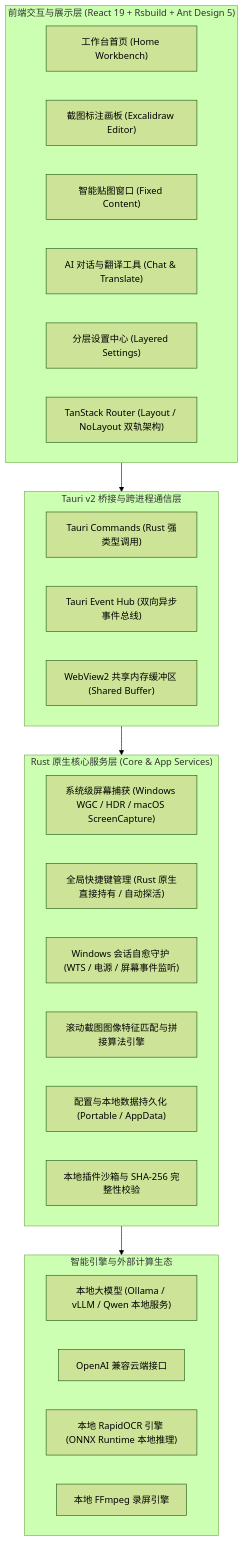
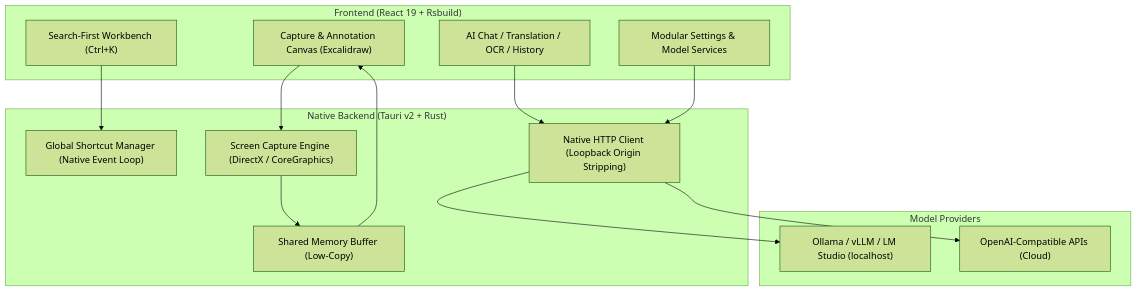
The diagram in README.md (llw2011/snow-shot), drawn with Mermaid (forest theme) before and after one commit. The commit also changed other lines of this file and 5 other files, not shown here.

Commit message:
docs: refresh README and add audit, repair, and local model test reports

````diff
--- a/README.md
+++ b/README.md
@@ -81,37 +81,30 @@
 ```mermaid
-flowchart TD
-    subgraph UI["前端交互与展示层 (React 19 + Rsbuild + Ant Design 5)"]
-        WB["工作台首页 (Home Workbench)"]
-        Canvas["截图标注画板 (Excalidraw Editor)"]
-        PinWin["智能贴图窗口 (Fixed Content)"]
-        ChatTool["AI 对话与翻译工具 (Chat & Translate)"]
-        Sett["分层设置中心 (Layered Settings)"]
-        Router["TanStack Router (Layout / NoLayout 双轨架构)"]
-    end
+graph TD
+  subgraph Frontend ["Frontend (React 19 + Rsbuild)"]
+    Workbench["Search-First Workbench (Ctrl+K)"]
+    Settings["Modular Settings & Model Services"]
+    Tools["AI Chat / Translation / OCR / History"]
+    Canvas["Capture & Annotation Canvas (Excalidraw)"]
+  end
 
-    subgraph IPC["Tauri v2 桥接与跨进程通信层"]
-        Commands["Tauri Commands (Rust 强类型调用)"]
-        Events["Tauri Event Hub (双向异步事件总线)"]
-        SharedBuf["WebView2 共享内存缓冲区 (Shared Buffer)"]
-    end
+  subgraph Native ["Native Backend (Tauri v2 + Rust)"]
+    Hotkeys["Global Shortcut Manager (Native Event Loop)"]
+    CapEngine["Screen Capture Engine (DirectX / CoreGraphics)"]
+    SharedMem["Shared Memory Buffer (Low-Copy)"]
+    NativeHTTP["Native HTTP Client (Loopback Origin Stripping)"]
+  end
 
-    subgraph Native["Rust 原生核心服务层 (Core & App Services)"]
-        OSCap["系统级屏幕捕获 (Windows WGC / HDR / macOS ScreenCapture)"]
-        Hotkeys["全局快捷键管理 (Rust 原生直接持有 / 自动探活)"]
-        SessionMgr["Windows 会话自愈守护 (WTS / 电源 / 屏幕事件监听)"]
-        ScrollStitch["滚动截图图像特征匹配与拼接算法引擎"]
-        FileCache["配置与本地数据持久化 (Portable / AppData)"]
-        PluginMgr["本地插件沙箱与 SHA-256 完整性校验"]
-    end
+  subgraph AI ["Model Providers"]
+    Ollama["Ollama / vLLM / LM Studio (localhost)"]
+    CloudAI["OpenAI-Compatible APIs (Cloud)"]
+  end
 
-    subgraph AI["智能引擎与外部计算生态"]
-        LocalLLM["本地大模型 (Ollama / vLLM / Qwen 本地服务)"]
-        RemoteAI["OpenAI 兼容云端接口"]
-        RapidOCR["本地 RapidOCR 引擎 (ONNX Runtime 本地推理)"]
-        FFmpegPlugin["本地 FFmpeg 录屏引擎"]
-    end
-
-    UI --> IPC
-    IPC --> Native
-    Native --> AI
+  Workbench --> Hotkeys
+  Canvas --> CapEngine
+  CapEngine --> SharedMem
+  SharedMem --> Canvas
+  Tools --> NativeHTTP
+  Settings --> NativeHTTP
+  NativeHTTP --> Ollama
+  NativeHTTP --> CloudAI
 ```
````
